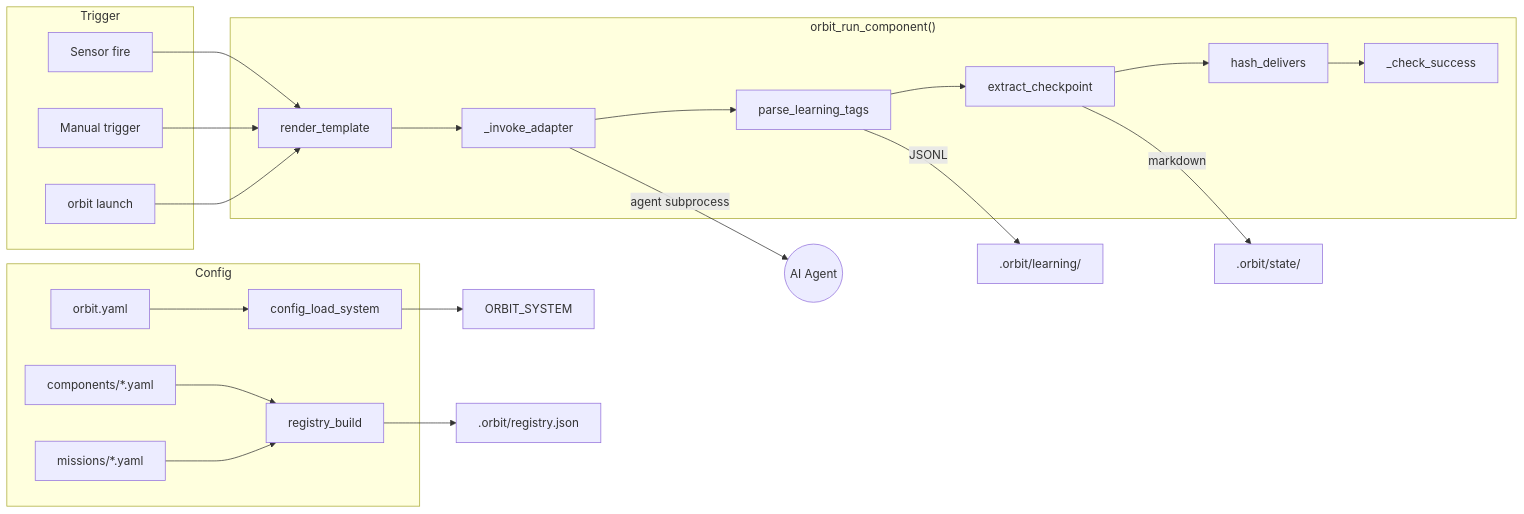
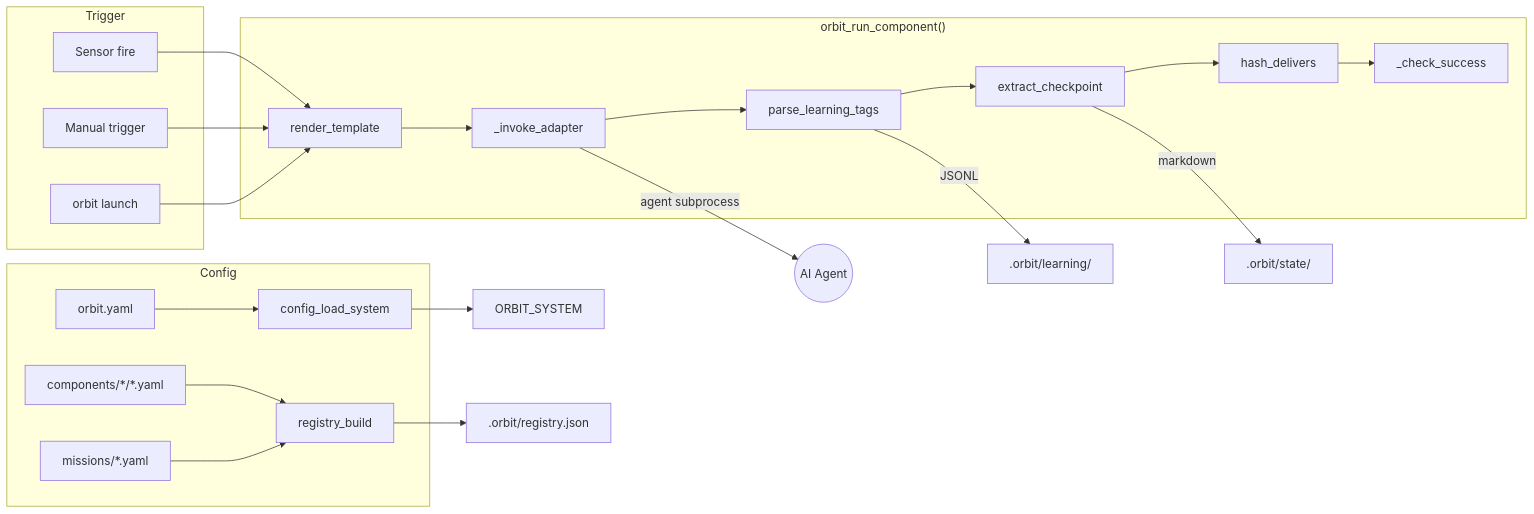
The second of 5 diagrams in docs/architecture.md (Modal-Vector/Orbit-Rover), drawn with Mermaid before and after one commit. The commit also changed other lines of this file and 37 other files, not shown here.

````diff
--- a/docs/architecture.md
+++ b/docs/architecture.md
@@ -69,33 +70,33 @@
 ```mermaid
 flowchart LR
     subgraph Config
         OY[orbit.yaml] --> CLS[config_load_system]
-        CY[components/*.yaml] --> RB[registry_build]
+        CY[components/*/*.yaml] --> RB[registry_build]
         MY[missions/*.yaml] --> RB
     end
 
     CLS --> SYS[ORBIT_SYSTEM]
     RB --> REG[.orbit/registry.json]
 
     subgraph Trigger
         SENSOR[Sensor fire]
         MANUAL[Manual trigger]
         LAUNCH[orbit launch]
     end
 
     SENSOR --> ORC
     MANUAL --> ORC
     LAUNCH --> ORC
 
     subgraph Orbit["orbit_run_component()"]
         ORC[render_template] --> ADAPT[_invoke_adapter]
         ADAPT --> LEARN[parse_learning_tags]
         LEARN --> CKPT[extract_checkpoint]
         CKPT --> HASH[hash_delivers]
         HASH --> SUCC[_check_success]
     end
 
     ADAPT --> |agent subprocess| AGENT((AI Agent))
     LEARN --> |JSONL| STORE[.orbit/learning/]
     CKPT --> |markdown| STATE[.orbit/state/]
 ```
````
